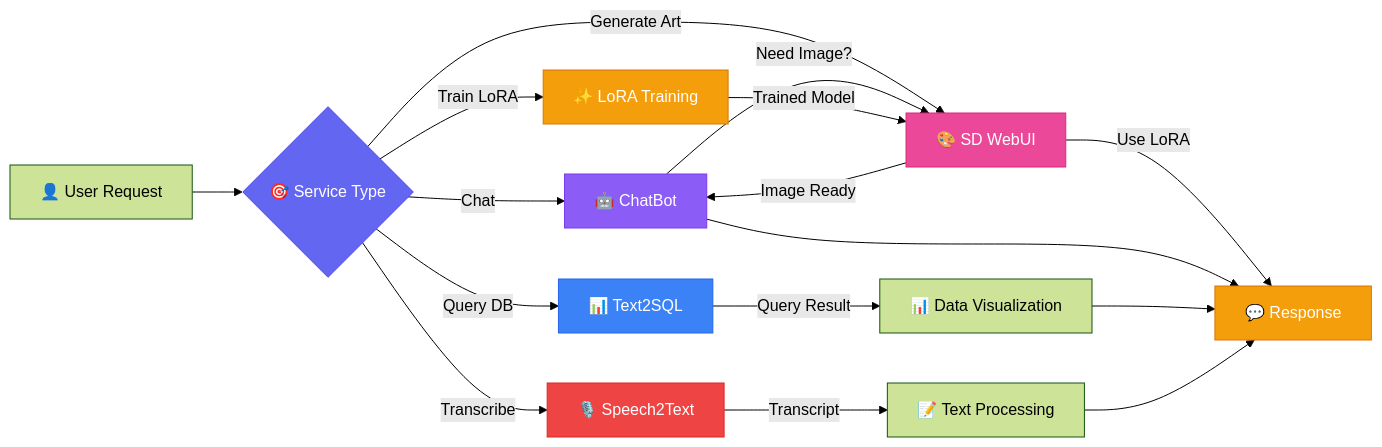
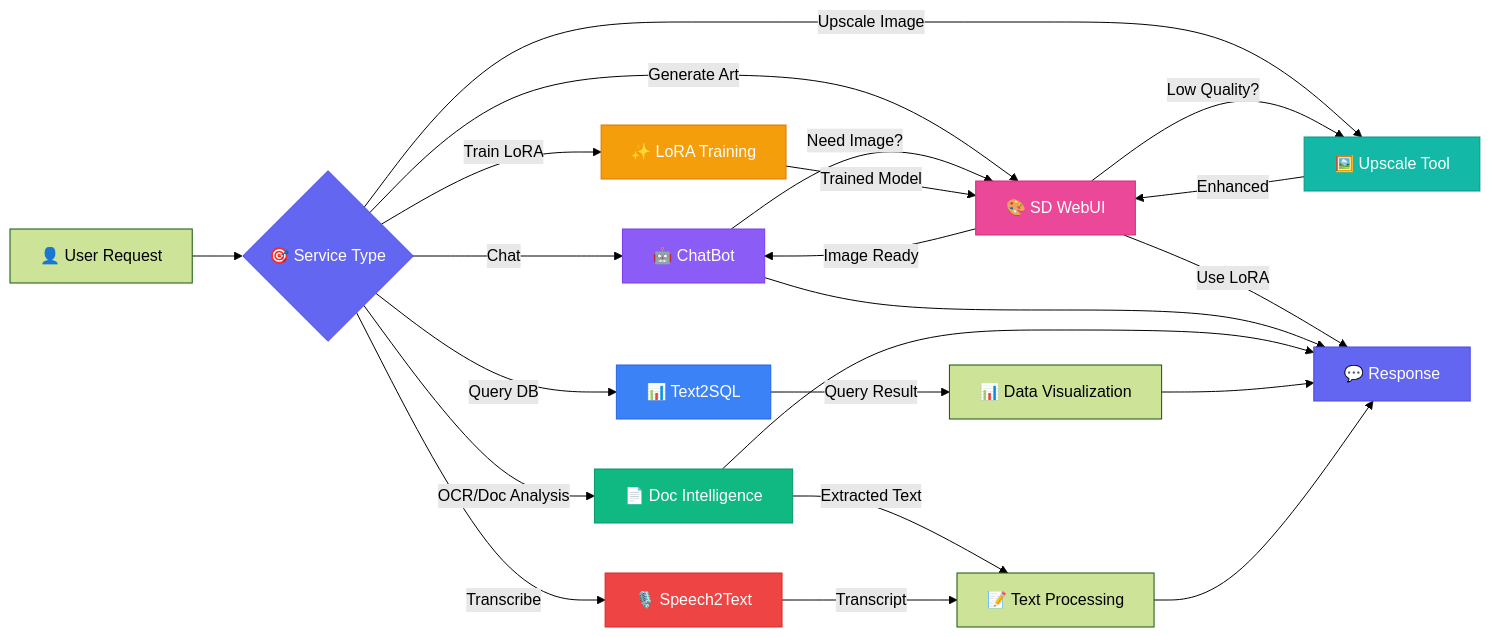
One commit to SkastVnT/AI-Assistant changed the second of 19 diagrams in README.md. Above: the diagram before and after it, drawn with Mermaid (forest theme). The commit also changed other lines of this file and 19 other files, not shown here.

First line of the commit message:
docs: Update README.md - Add Document Intelligence Service & Upscale Tool

````diff
--- a/README.md
+++ b/README.md
@@ -228,31 +266,39 @@
 ```mermaid
 graph LR
     A[👤 User Request] --> B{🎯 Service Type}
     
     B -->|Chat| C1[🤖 ChatBot]
     B -->|Query DB| C2[📊 Text2SQL]
-    B -->|Transcribe| C3[🎙️ Speech2Text]
-    B -->|Generate Art| C4[🎨 SD WebUI]
-    B -->|Train LoRA| C5[✨ LoRA Training]
+    B -->|OCR/Doc Analysis| C3[📄 Doc Intelligence]
+    B -->|Transcribe| C4[🎙️ Speech2Text]
+    B -->|Generate Art| C5[🎨 SD WebUI]
+    B -->|Train LoRA| C6[✨ LoRA Training]
+    B -->|Upscale Image| C7[🖼️ Upscale Tool]
     
-    C1 -->|Need Image?| C4
-    C4 -->|Image Ready| C1
+    C1 -->|Need Image?| C5
+    C5 -->|Image Ready| C1
+    C5 -->|Low Quality?| C7
+    C7 -->|Enhanced| C5
     
-    C5 -->|Trained Model| C4
-    C4 -->|Use LoRA| G
+    C6 -->|Trained Model| C5
+    C5 -->|Use LoRA| G
     
     C2 -->|Query Result| E[📊 Data Visualization]
-    C3 -->|Transcript| F[📝 Text Processing]
+    C3 -->|Extracted Text| F[📝 Text Processing]
+    C4 -->|Transcript| F
     
     C1 --> G[💬 Response]
+    C3 --> G
     E --> G
     F --> G
     
     style B fill:#6366F1,stroke:#4F46E5,color:#fff
     style C1 fill:#8B5CF6,stroke:#7C3AED,color:#fff
     style C2 fill:#3B82F6,stroke:#2563EB,color:#fff
-    style C3 fill:#EF4444,stroke:#DC2626,color:#fff
-    style C4 fill:#EC4899,stroke:#DB2777,color:#fff
-    style C5 fill:#F59E0B,stroke:#D97706,color:#fff
-    style G fill:#F59E0B,stroke:#D97706,color:#fff
+    style C3 fill:#10B981,stroke:#059669,color:#fff
+    style C4 fill:#EF4444,stroke:#DC2626,color:#fff
+    style C5 fill:#EC4899,stroke:#DB2777,color:#fff
+    style C6 fill:#F59E0B,stroke:#D97706,color:#fff
+    style C7 fill:#14B8A6,stroke:#0D9488,color:#fff
+    style G fill:#6366F1,stroke:#4F46E5,color:#fff
 ```
````
